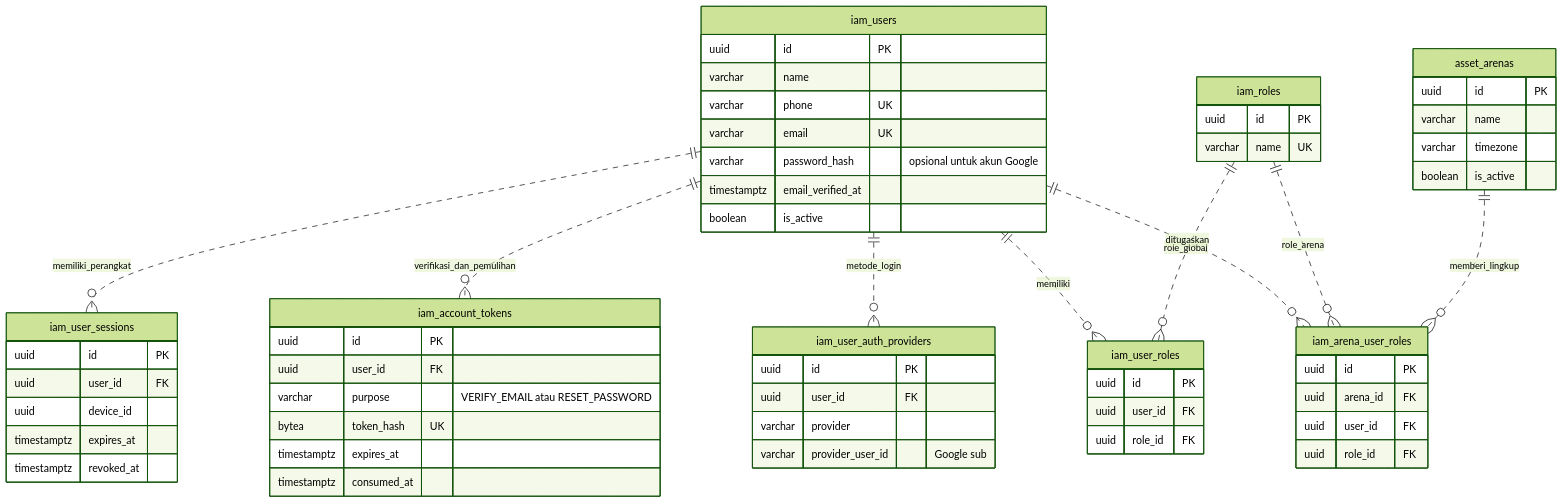
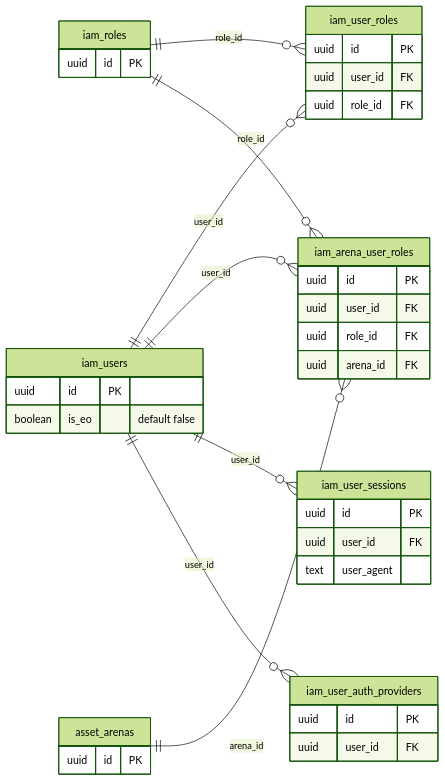
The second of 7 diagrams in cloud-app/db/ERD.md (bachtiarilham/kicau-mania), drawn with Mermaid (forest theme) before and after one commit. The commit also changed other lines of this file, not shown here.

Commit message:
update : erd

````diff
--- a/cloud-app/db/ERD.md
+++ b/cloud-app/db/ERD.md
@@ -67,65 +73,41 @@
 ```mermaid
 erDiagram
+    direction LR
     iam_users {
         uuid id PK
-        varchar name
-        varchar phone UK
-        varchar email UK
-        varchar password_hash "opsional untuk akun Google"
-        timestamptz email_verified_at
-        boolean is_active
+        boolean is_eo "default false"
     }
     iam_roles {
         uuid id PK
-        varchar name UK
     }
     iam_user_roles {
         uuid id PK
         uuid user_id FK
         uuid role_id FK
     }
+    iam_arena_user_roles {
+        uuid id PK
+        uuid user_id FK
+        uuid role_id FK
+        uuid arena_id FK
+    }
     asset_arenas {
         uuid id PK
-        varchar name
-        varchar timezone
-        boolean is_active
-    }
-    iam_arena_user_roles {
-        uuid id PK
-        uuid arena_id FK
-        uuid user_id FK
-        uuid role_id FK
     }
     iam_user_sessions {
         uuid id PK
         uuid user_id FK
-        uuid device_id
-        timestamptz expires_at
-        timestamptz revoked_at
+        text user_agent
     }
-
     iam_user_auth_providers {
         uuid id PK
         uuid user_id FK
-        varchar provider
-        varchar provider_user_id "Google sub"
     }
-    iam_account_tokens {
-        uuid id PK
-        uuid user_id FK
-        varchar purpose "VERIFY_EMAIL atau RESET_PASSWORD"
-        bytea token_hash UK
-        timestamptz expires_at
-        timestamptz consumed_at
-    }
-
-    iam_users ||..o{ iam_user_auth_providers : metode_login
-    iam_users ||..o{ iam_account_tokens : verifikasi_dan_pemulihan
-
-    iam_users ||..o{ iam_user_roles : memiliki
-    iam_roles ||..o{ iam_user_roles : role_global
-    iam_users ||..o{ iam_arena_user_roles : ditugaskan
-    iam_roles ||..o{ iam_arena_user_roles : role_arena
-    asset_arenas ||..o{ iam_arena_user_roles : memberi_lingkup
-    iam_users ||..o{ iam_user_sessions : memiliki_perangkat
+    iam_users ||--o{ iam_user_roles : user_id
+    iam_roles ||--o{ iam_user_roles : role_id
+    iam_users ||--o{ iam_arena_user_roles : user_id
+    iam_roles ||--o{ iam_arena_user_roles : role_id
+    asset_arenas ||--o{ iam_arena_user_roles : arena_id
+    iam_users ||--o{ iam_user_sessions : user_id
+    iam_users ||--o{ iam_user_auth_providers : user_id
 ```
````
